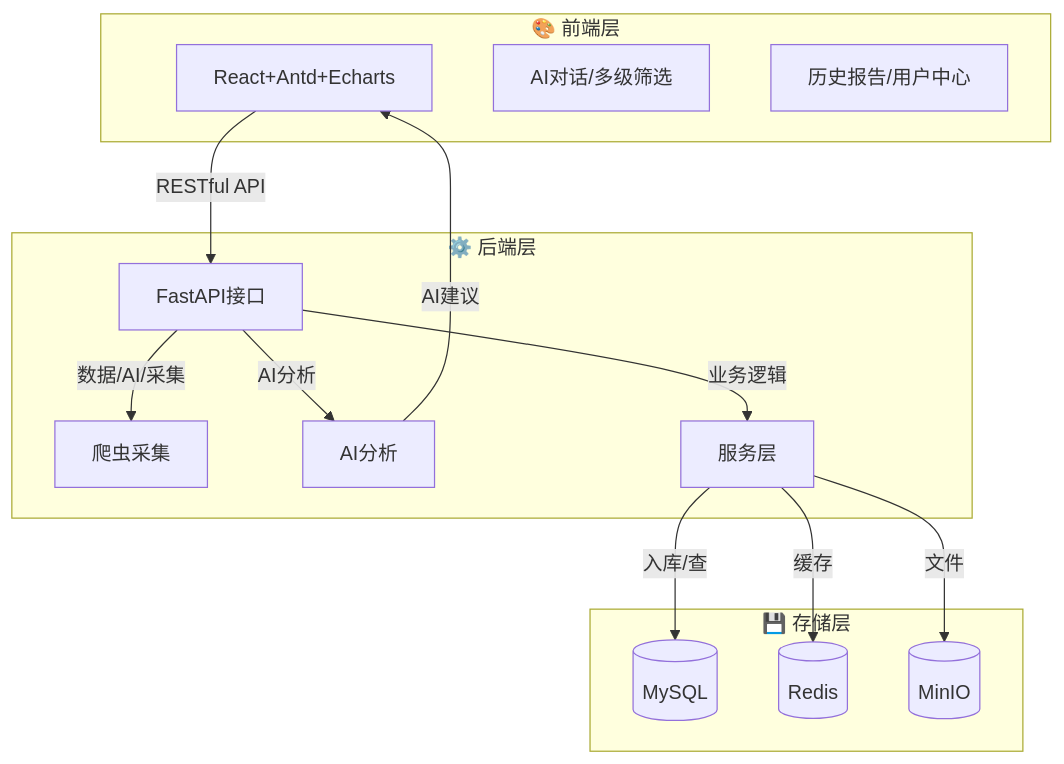
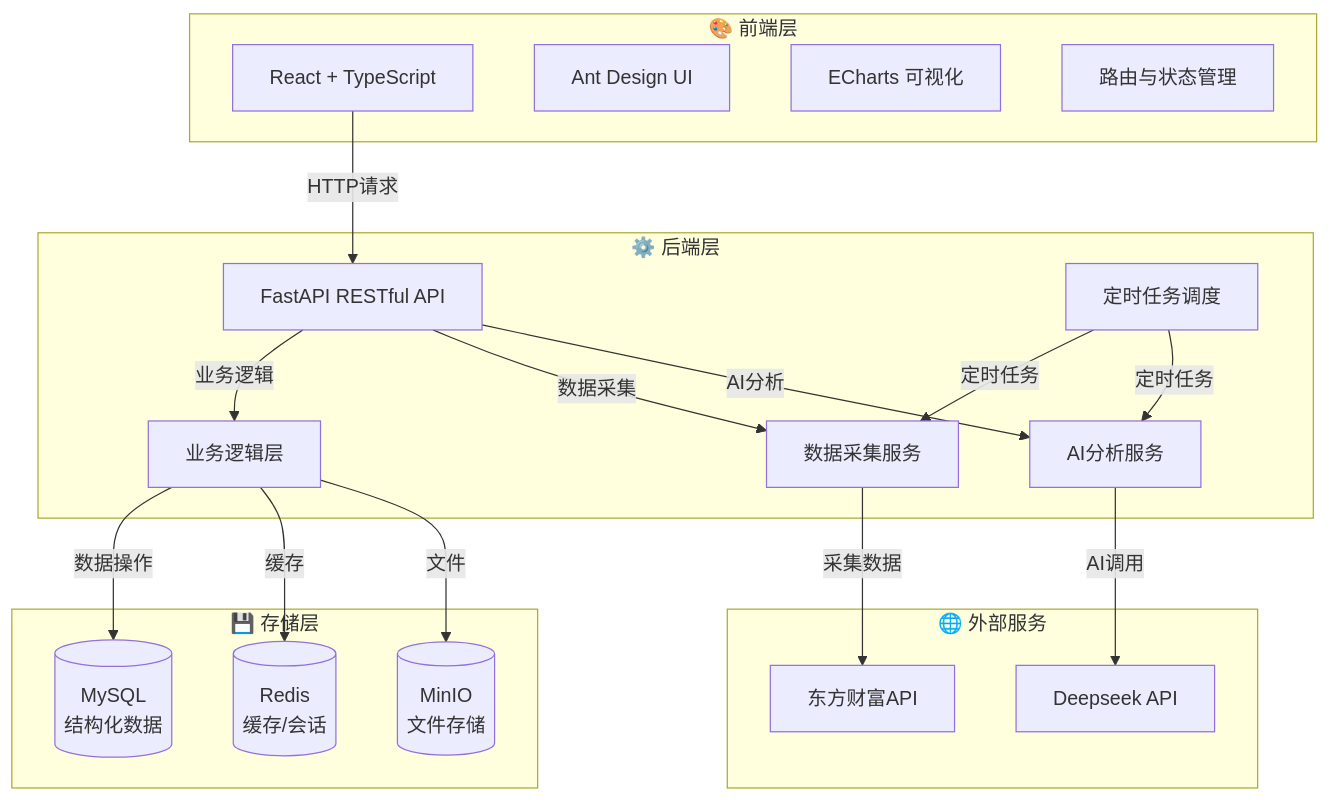
One commit to RedMoonnn/Financial_Program changed the first of 2 diagrams in README.md. Above: the diagram before and after it, drawn with Mermaid. The commit also changed other lines of this file and 3 other files, not shown here.

````diff
--- a/README.md
+++ b/README.md
@@ -108,27 +143,40 @@
 ```mermaid
 flowchart TD
-  subgraph Frontend [🎨 前端层]
-    F1[React+Antd+Echarts]
-    F2[AI对话/多级筛选]
-    F3[历史报告/用户中心]
-  end
-  subgraph Backend [⚙️ 后端层]
-    B1[FastAPI接口]
-    B2[爬虫采集]
-    B3[AI分析]
-    B4[服务层]
-  end
-  subgraph Storage [💾 存储层]
-    D1[(MySQL)]
-    D2[(Redis)]
-    D3[(MinIO)]
-  end
-  F1 -->|RESTful API| B1
-  B1 -->|数据/AI/采集| B2
-  B1 -->|AI分析| B3
-  B1 -->|业务逻辑| B4
-  B4 -->|入库/查| D1
-  B4 -->|缓存| D2
-  B4 -->|文件| D3
-  B3 -->|AI建议| F1
+    subgraph Frontend[🎨 前端层]
+        F1[React + TypeScript]
+        F2[Ant Design UI]
+        F3[ECharts 可视化]
+        F4[路由与状态管理]
+    end
+
+    subgraph Backend[⚙️ 后端层]
+        B1[FastAPI RESTful API]
+        B2[数据采集服务]
+        B3[AI分析服务]
+        B4[业务逻辑层]
+        B5[定时任务调度]
+    end
+
+    subgraph Storage[💾 存储层]
+        D1[(MySQL<br/>结构化数据)]
+        D2[(Redis<br/>缓存/会话)]
+        D3[(MinIO<br/>文件存储)]
+    end
+
+    subgraph External[🌐 外部服务]
+        E1[东方财富API]
+        E2[Deepseek API]
+    end
+
+    F1 -->|HTTP请求| B1
+    B1 -->|业务逻辑| B4
+    B1 -->|数据采集| B2
+    B1 -->|AI分析| B3
+    B4 -->|数据操作| D1
+    B4 -->|缓存| D2
+    B4 -->|文件| D3
+    B2 -->|采集数据| E1
+    B3 -->|AI调用| E2
+    B5 -->|定时任务| B2
+    B5 -->|定时任务| B3
 ```
````
